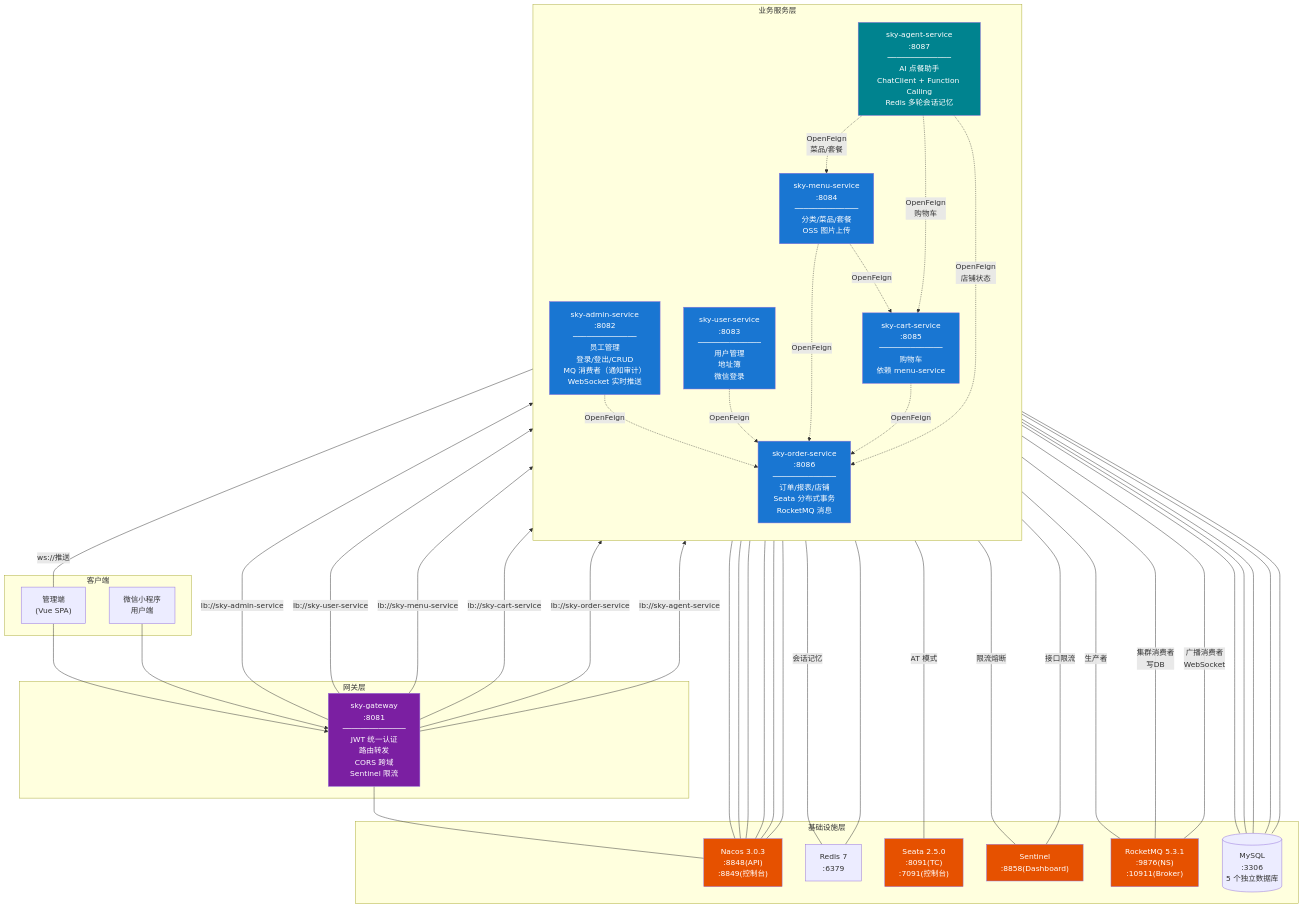
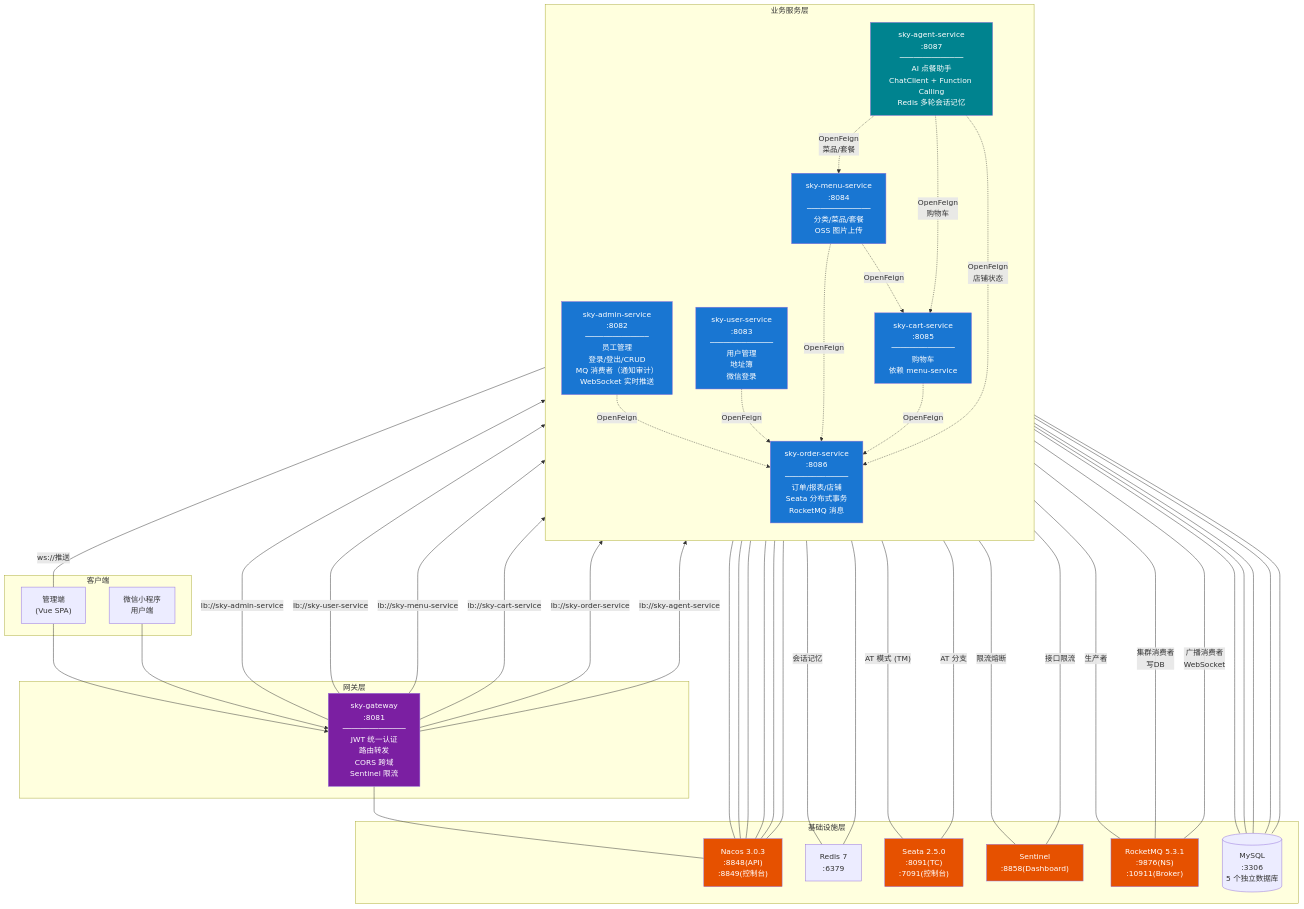
Before and after one commit to huang-sitong/takeout: the first of 2 diagrams in README.md, drawn with Mermaid. The commit also changed other lines of this file and 13 other files, not shown here.

```diff
--- a/README.md
+++ b/README.md
@@ -91,7 +91,8 @@
     AgentSvc --- Nacos
     GW --- Nacos
 
-    OrderSvc ---|"AT 模式"| Seata
+    OrderSvc ---|"AT 模式 (TM)"| Seata
+    CartSvc ---|"AT 分支"| Seata
     OrderSvc ---|"生产者"| RocketMQ
     RocketMQ ---|"集群消费者<br/>写DB"| AdminSvc
     RocketMQ ---|"广播消费者<br/>WebSocket"| AdminSvc
```
